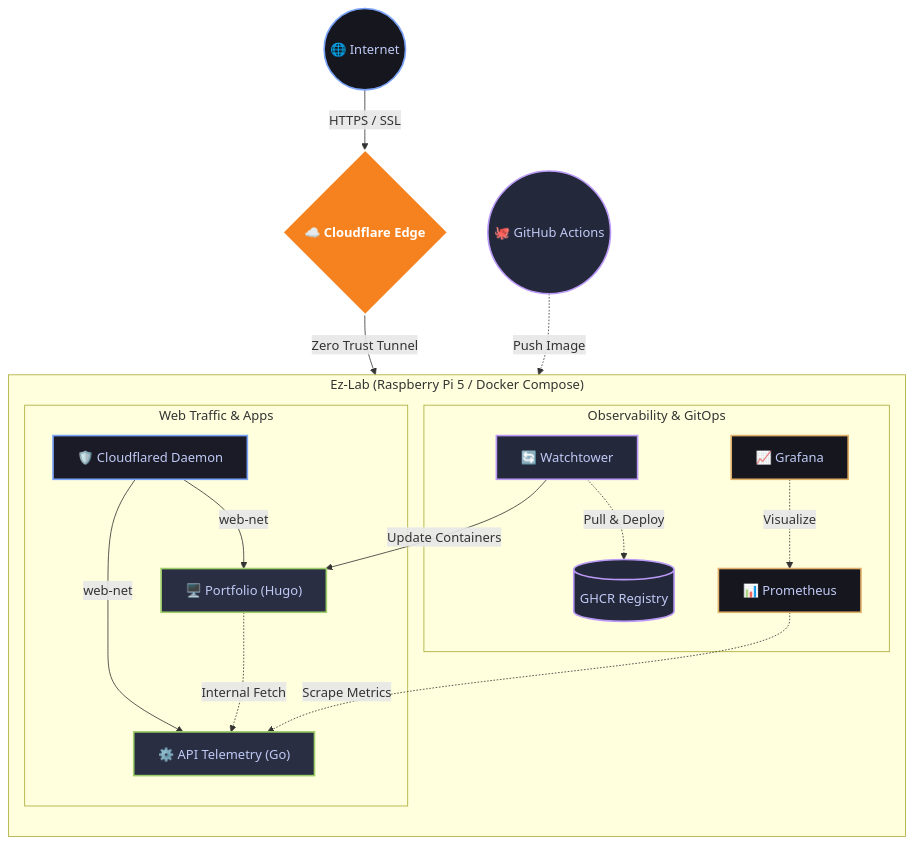
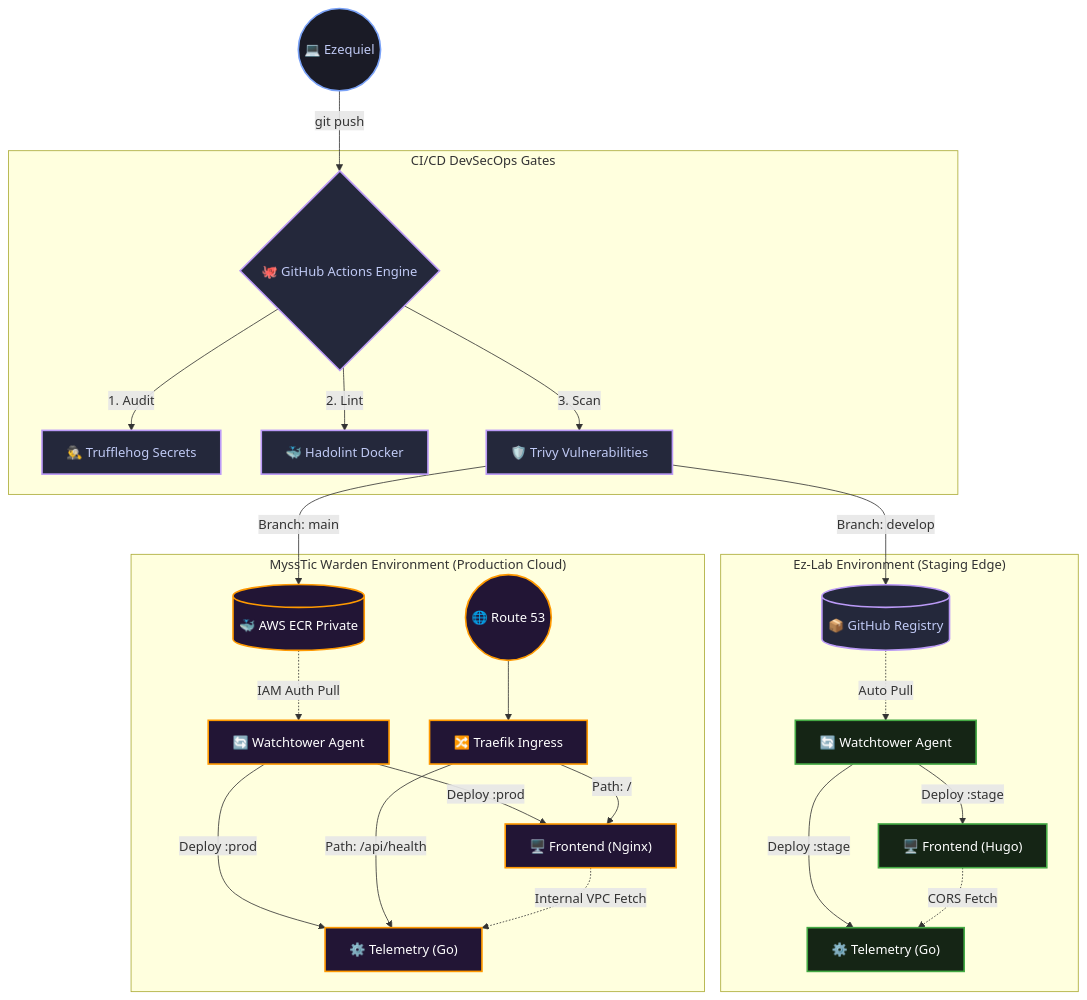
One commit to ezequieldlv/portfolio-sre changed the diagram in frontend/content/projects.md. Above: the diagram before and after it, drawn with Mermaid. The commit also changed other lines of this file and 2 other files, not shown here.

Commit message:
fix(profile): refine professional summary and technical skills for clarity and impact fix(projects): enhance project descriptions and update tech stack for accuracy

```diff
--- a/frontend/content/projects.md
+++ b/frontend/content/projects.md
@@ -112,32 +115,41 @@
 <pre class="mermaid">
 graph TD
-    %% Definición de colores (Estilo Tokyo Night + Cloudflare)
-    classDef user fill:#16161e,stroke:#7aa2f7,stroke-width:2px,color:#c0caf5
-    classDef cf fill:#f6821f,stroke:#fff,stroke-width:2px,color:#fff,font-weight:bold
-    classDef daemon fill:#1a1b26,stroke:#7aa2f7,stroke-width:2px,color:#c0caf5
-    classDef app fill:#292e42,stroke:#9ece6a,stroke-width:2px,color:#c0caf5
-    classDef obs fill:#16161e,stroke:#e0af68,stroke-width:2px,color:#c0caf5
+    classDef dev fill:#1a1b26,stroke:#7aa2f7,stroke-width:2px,color:#c0caf5
     classDef cicd fill:#24283b,stroke:#bb9af7,stroke-width:2px,color:#c0caf5
+    classDef edge fill:#152515,stroke:#44aa44,stroke-width:2px,color:#fff
+    classDef cloud fill:#221535,stroke:#ff9900,stroke-width:2px,color:#fff
+    classDef net fill:#1f2335,stroke:#7aa2f7,stroke-width:1px,color:#a9b1d6
 
-    User((🌐 Internet)):::user -->|HTTPS / SSL| Cloudflare{☁️ Cloudflare Edge}:::cf
-    Cloudflare -->|Zero Trust Tunnel| Cloudflared[🛡️ Cloudflared Daemon]:::daemon
+    %% FLUJO DE CÓDIGO
+    Developer(("💻 Ezequiel")):::dev -->|git push| GitHub{"🐙 GitHub Actions Engine"}:::cicd
 
-    GitHub((🐙 GitHub Actions)):::cicd -.->|Push Image| GHCR[(GHCR Registry)]:::cicd
+    subgraph gates ["CI/CD DevSecOps Gates"]
+        GitHub -->|1. Audit| Trufflehog["🕵️‍♂️ Trufflehog Secrets"]:::cicd
+        GitHub -->|2. Lint| Hadolint["🐳 Hadolint Docker"]:::cicd
+        GitHub -->|3. Scan| Trivy["🛡️ Trivy Vulnerabilities"]:::cicd
+    end
 
-    subgraph "Ez-Lab (Raspberry Pi 5 / Docker Compose)"
-        direction TB
+    %% ENRUTAMIENTO POR RAMAS (LOGICA DEL PIPELINE)
+    Trivy -->|Branch: develop| GHCR[("📦 GitHub Registry")]:::cicd
+    Trivy -->|Branch: main| ECR[("🐳 AWS ECR Private")]:::cloud
 
-        subgraph "Web Traffic & Apps"
-            Cloudflared -->|web-net| Frontend["🖥️ Portfolio (Hugo)"]:::app
-            Cloudflared -->|web-net| Backend["⚙️ API Telemetry (Go)"]:::app
-            Frontend -.->|Internal Fetch| Backend
-        end
+    %% ENTORNO STAGING (RASPBERRY PI)
+    subgraph staging ["Ez-Lab Environment (Staging Edge)"]
+        GHCR -.->|Auto Pull| WatchtowerPi["🔄 Watchtower Agent"]:::edge
+        WatchtowerPi -->|Deploy :stage| WebStage["🖥️ Frontend (Hugo)"]:::edge
+        WatchtowerPi -->|Deploy :stage| APIStage["⚙️ Telemetry (Go)"]:::edge
+        WebStage -.->|CORS Fetch| APIStage
+    end
 
-        subgraph "Observability & GitOps"
-            Watchtower["🔄 Watchtower"]:::cicd -.->|Pull & Deploy| GHCR
-            Watchtower -->|Update Containers| Frontend
-            Prometheus["📊 Prometheus"]:::obs -.->|Scrape Metrics| Backend
-            Grafana["📈 Grafana"]:::obs -.->|Visualize| Prometheus
-        end
+    %% ENTORNO PRODUCCIÓN (AWS)
+    subgraph prod ["MyssTic Warden Environment (Production Cloud)"]
+        ECR -.->|IAM Auth Pull| WatchtowerAWS["🔄 Watchtower Agent"]:::cloud
+        WatchtowerAWS -->|Deploy :prod| WebProd["🖥️ Frontend (Nginx)"]:::cloud
+        WatchtowerAWS -->|Deploy :prod| APIProd["⚙️ Telemetry (Go)"]:::cloud
+
+        Route53(("🌐 Route 53")):::cloud --> Traefik["🔀 Traefik Ingress"]:::cloud
+        Traefik -->|Path: /| WebProd
+        Traefik -->|Path: /api/health| APIProd
+        WebProd -.->|Internal VPC Fetch| APIProd
     end
 </pre>
```
